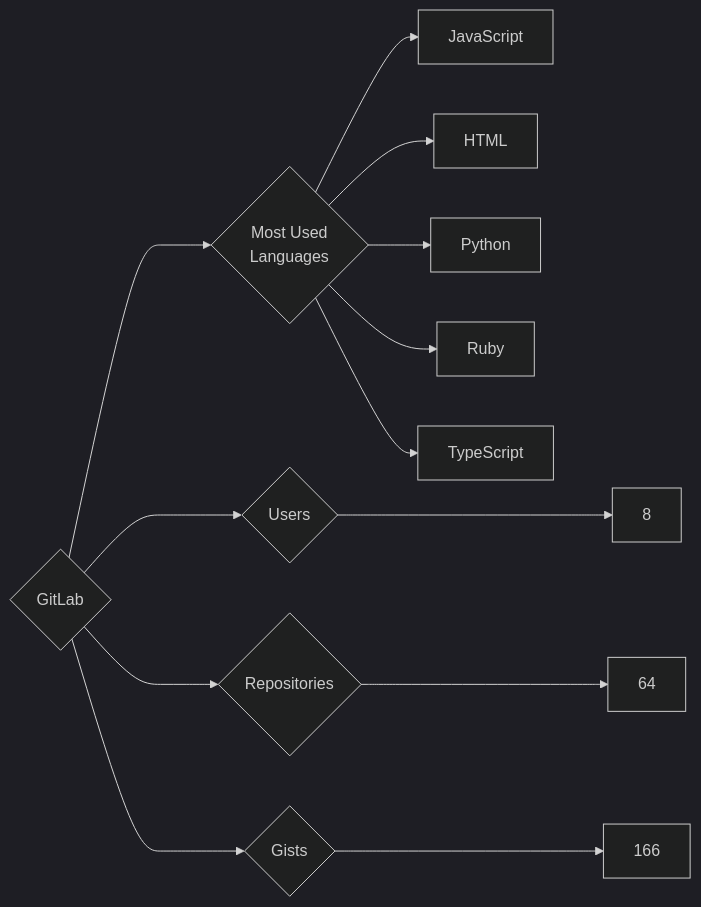
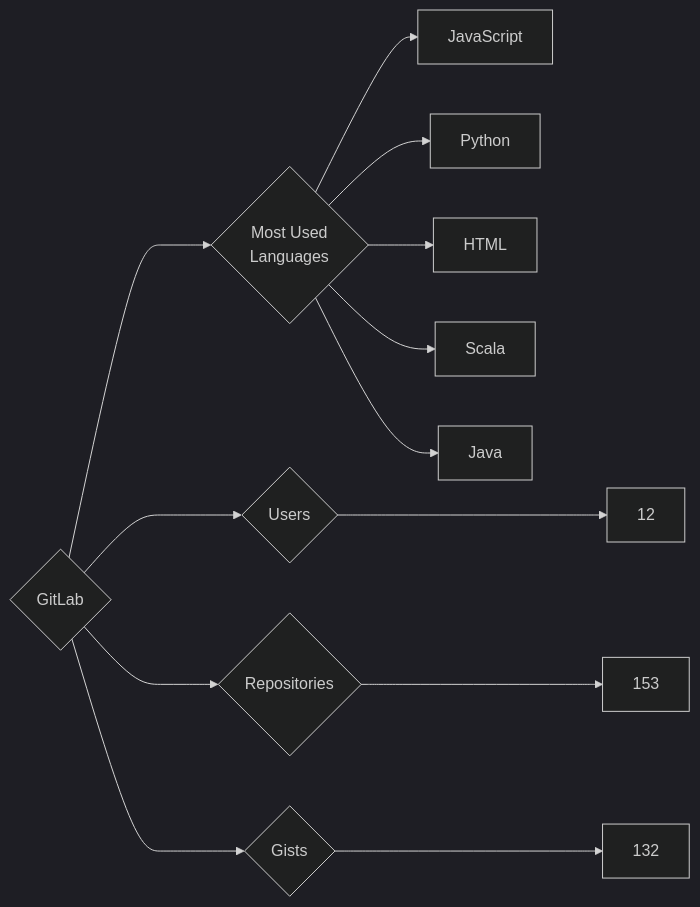
The diagram in targets/GitLab/README.md (trickest/insiders), drawn with Mermaid (dark theme) before and after one commit. The commit also changed 723 other files, not shown here.

````diff
--- a/targets/GitLab/README.md
+++ b/targets/GitLab/README.md
@@ -3,13 +3,13 @@
 ```mermaid
 graph LR
 COMPANY_NAME{GitLab}
-COMPANY_NAME ---> U{Users} ---> UN[8]
-COMPANY_NAME ---> R{Repositories} ---> RN[64]
-COMPANY_NAME ---> G{Gists} ---> GN[166]
+COMPANY_NAME ---> U{Users} ---> UN[12]
+COMPANY_NAME ---> R{Repositories} ---> RN[153]
+COMPANY_NAME ---> G{Gists} ---> GN[132]
 COMPANY_NAME ---> ML{Most Used<br>Languages}
 ML --> JavaScript[JavaScript]
+ML --> Python[Python]
 ML --> HTML[HTML]
-ML --> Python[Python]
-ML --> Ruby[Ruby]
-ML --> TypeScript[TypeScript]
+ML --> Scala[Scala]
+ML --> Java[Java]
 ```
````
